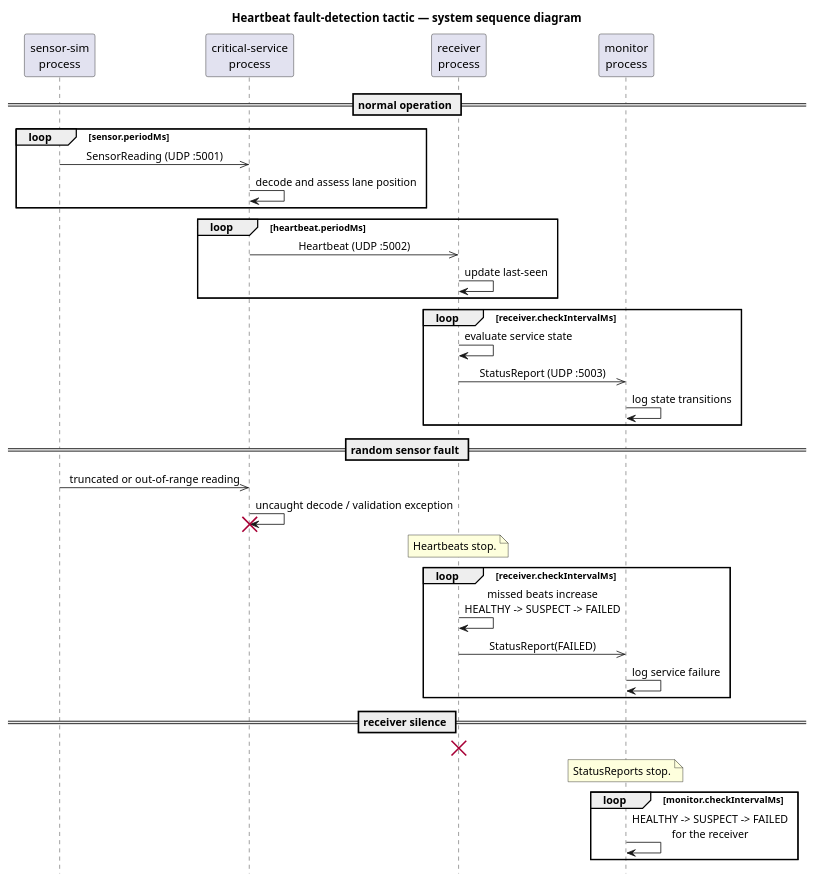
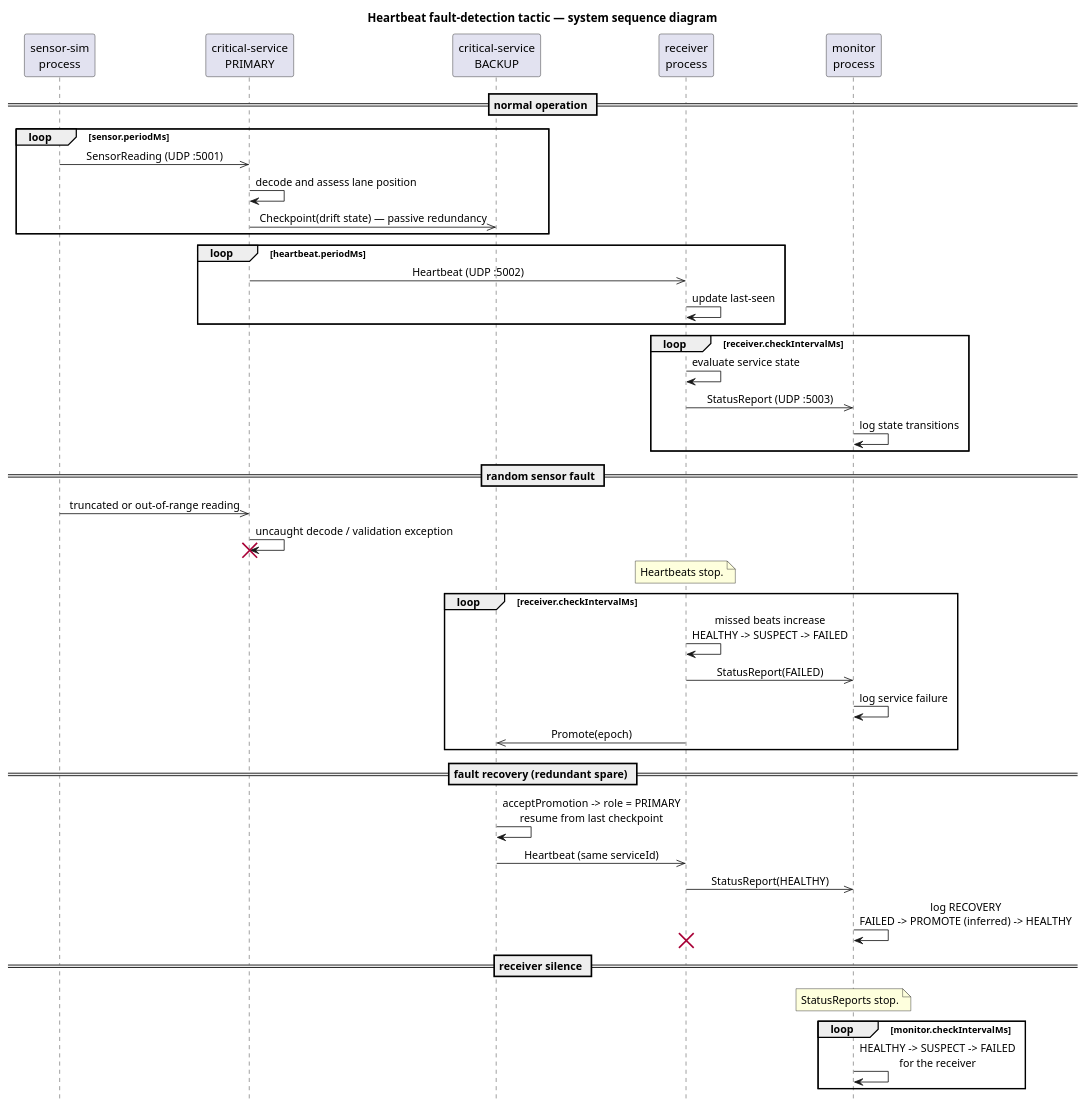
Before and after one commit to kobster68/tactic-implementation: the diagram in uml/system/system-sequence.puml, drawn with PlantUML. The commit also changed 13 other files, not shown here.

First line of the commit message:
docs: add fault-recovery design, diagrams, and run guidance (#15)

```diff
--- a/uml/system/system-sequence.puml
+++ b/uml/system/system-sequence.puml
@@ -1,50 +1,59 @@
 @startuml system-sequence
 title Heartbeat fault-detection tactic — system sequence diagram
 
 skinparam shadowing false
 skinparam sequenceMessageAlign center
 hide footbox
 
 participant "sensor-sim\nprocess" as SIM
-participant "critical-service\nprocess" as SVC
+participant "critical-service\nPRIMARY" as SVC
+participant "critical-service\nBACKUP" as B
 participant "receiver\nprocess" as RX
 participant "monitor\nprocess" as MON
 
 == normal operation ==
 loop sensor.periodMs
   SIM ->> SVC : SensorReading (UDP :5001)
   SVC -> SVC : decode and assess lane position
+  SVC ->> B : Checkpoint(drift state) — passive redundancy
 end
 
 loop heartbeat.periodMs
   SVC ->> RX : Heartbeat (UDP :5002)
   RX -> RX : update last-seen
 end
 
 loop receiver.checkIntervalMs
   RX -> RX : evaluate service state
   RX ->> MON : StatusReport (UDP :5003)
   MON -> MON : log state transitions
 end
 
 == random sensor fault ==
 SIM ->> SVC : truncated or out-of-range reading
 SVC -> SVC : uncaught decode / validation exception
 destroy SVC
 
 note over RX : Heartbeats stop.
 
 loop receiver.checkIntervalMs
   RX -> RX : missed beats increase\nHEALTHY -> SUSPECT -> FAILED
   RX ->> MON : StatusReport(FAILED)
   MON -> MON : log service failure
+  RX ->> B : Promote(epoch)
 end
+
+== fault recovery (redundant spare) ==
+B -> B : acceptPromotion -> role = PRIMARY\nresume from last checkpoint
+B ->> RX : Heartbeat (same serviceId)
+RX ->> MON : StatusReport(HEALTHY)
+MON -> MON : log RECOVERY\nFAILED -> PROMOTE (inferred) -> HEALTHY
 
 == receiver silence ==
 destroy RX
 note over MON : StatusReports stop.
 loop monitor.checkIntervalMs
   MON -> MON : HEALTHY -> SUSPECT -> FAILED\nfor the receiver
 end
 
 @enduml
```
